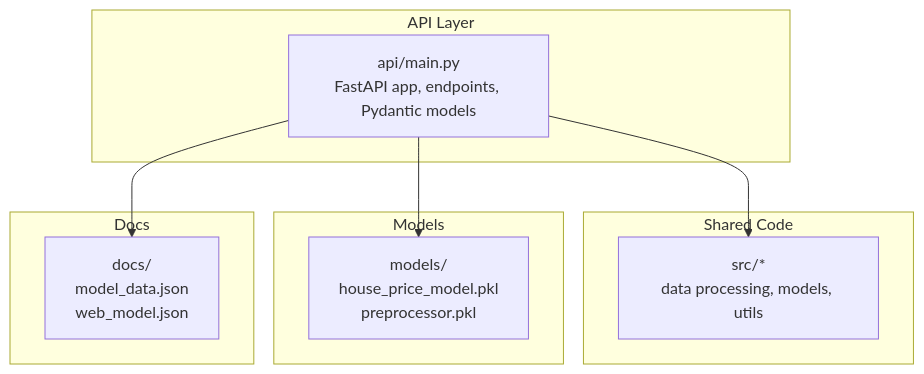
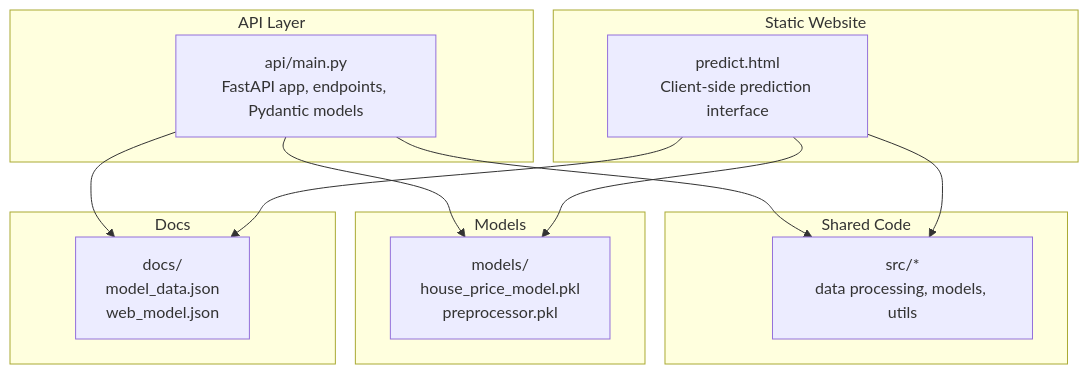
The first of 3 diagrams in .qoder/repowiki/en/content/REST API Service/REST API Service.md (tashkirrr/housing-price-prediction), drawn with Mermaid before and after one commit. The commit also changed other lines of this file and 9 other files, not shown here.

First line of the commit message:
refactor(docs): restructure docs for static website deployment

````diff
--- a/.qoder/repowiki/en/content/REST API Service/REST API Service.md
+++ b/.qoder/repowiki/en/content/REST API Service/REST API Service.md
@@ -36,18 +46,24 @@
 ```mermaid
 graph TB
 subgraph "API Layer"
 A["api/main.py<br/>FastAPI app, endpoints, Pydantic models"]
 end
+subgraph "Static Website"
+S["predict.html<br/>Client-side prediction interface"]
+end
 subgraph "Shared Code"
-S["src/*<br/>data processing, models, utils"]
+SH["src/*<br/>data processing, models, utils"]
 end
 subgraph "Models"
 M["models/<br/>house_price_model.pkl<br/>preprocessor.pkl"]
 end
 subgraph "Docs"
 D["docs/<br/>model_data.json<br/>web_model.json"]
 end
-A --> S
+A --> SH
 A --> M
 A --> D
+S --> SH
+S --> M
+S --> D
 ```
````
